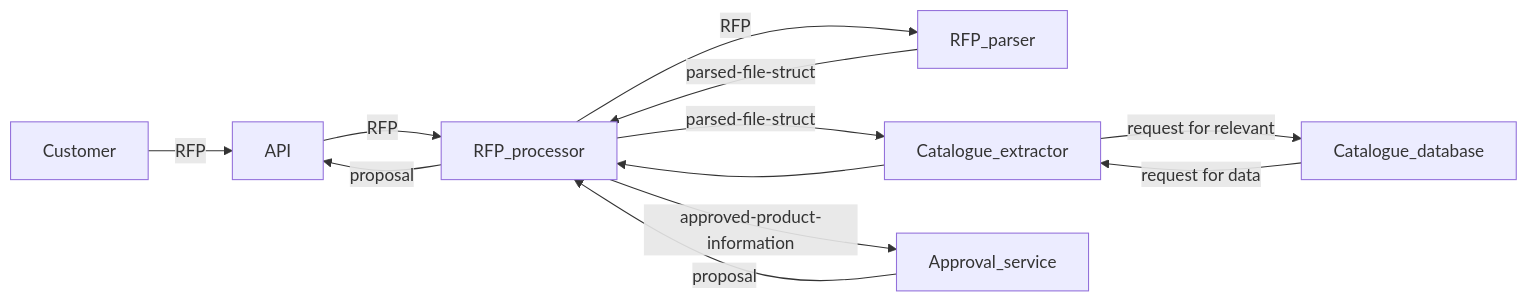
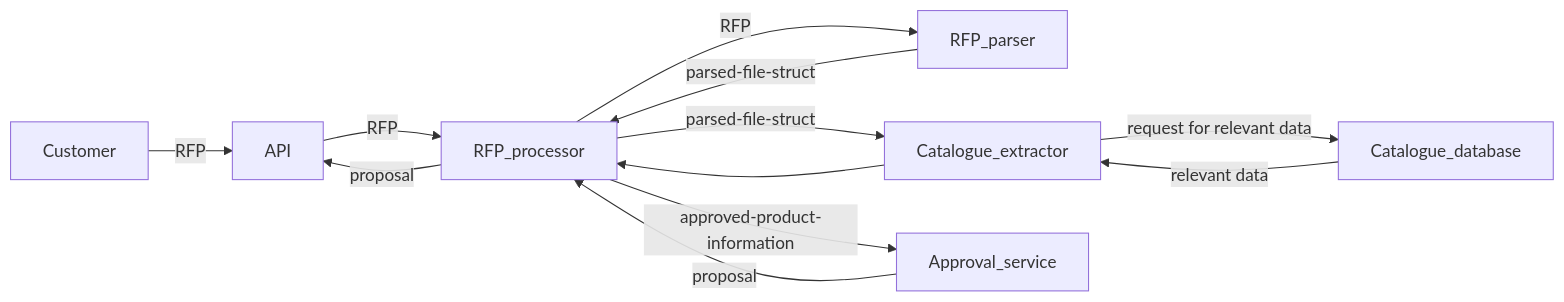
The diagram in docs/architecture.md (MiikaMatias/ai-hack-aalto-2024), drawn with Mermaid before and after one commit.

````diff
--- a/docs/architecture.md
+++ b/docs/architecture.md
@@ -6,14 +6,14 @@
 ```mermaid  
 graph LR
     Customer -->|RFP| API
     API -->|RFP| RFP_processor
     RFP_processor -->|RFP| RFP_parser
     RFP_processor -->|parsed-file-struct| Catalogue_extractor
     RFP_processor -->|approved-product-information| Approval_service
     RFP_parser --> |parsed-file-struct|RFP_processor
     Catalogue_extractor --> RFP_processor
-    Catalogue_extractor -->|request for relevant| Catalogue_database
-    Catalogue_database -->|request for data| Catalogue_extractor
+    Catalogue_extractor -->|request for relevant data| Catalogue_database
+    Catalogue_database -->|relevant data| Catalogue_extractor
     Approval_service -->|proposal| RFP_processor
     RFP_processor --> |proposal| API
 ```
````
